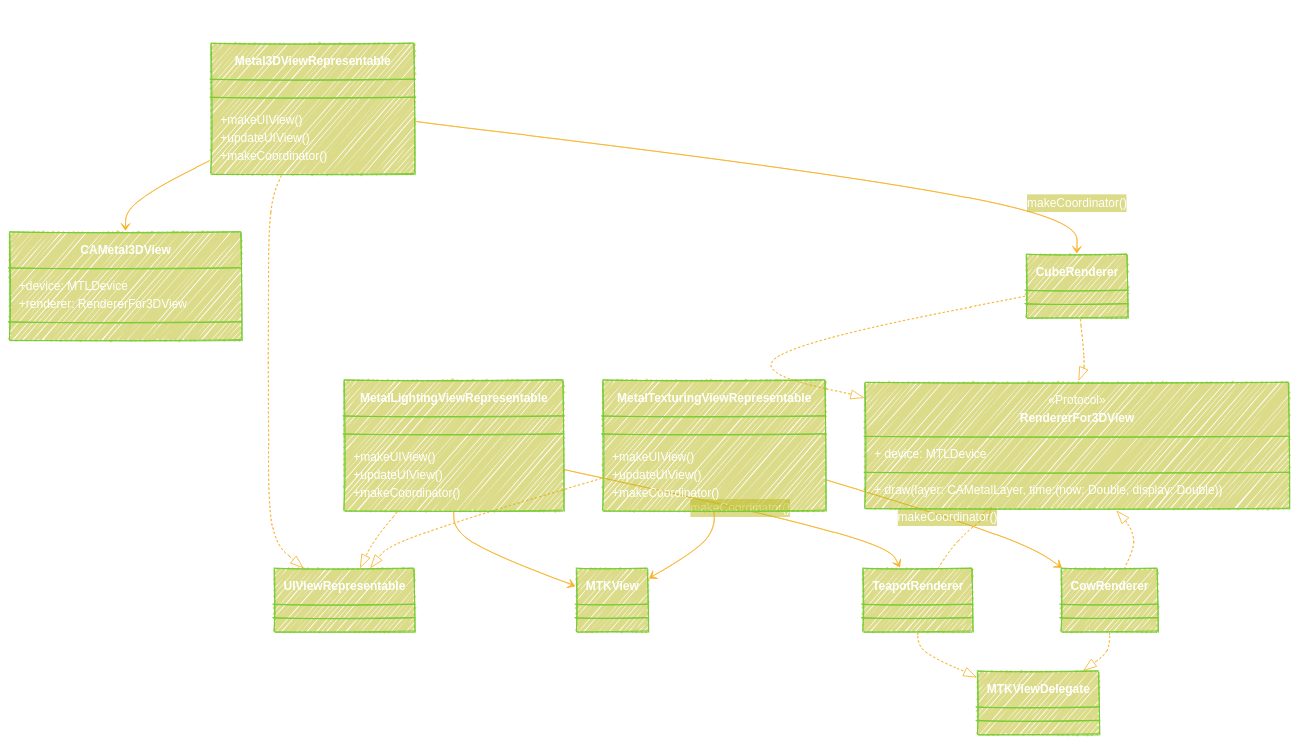
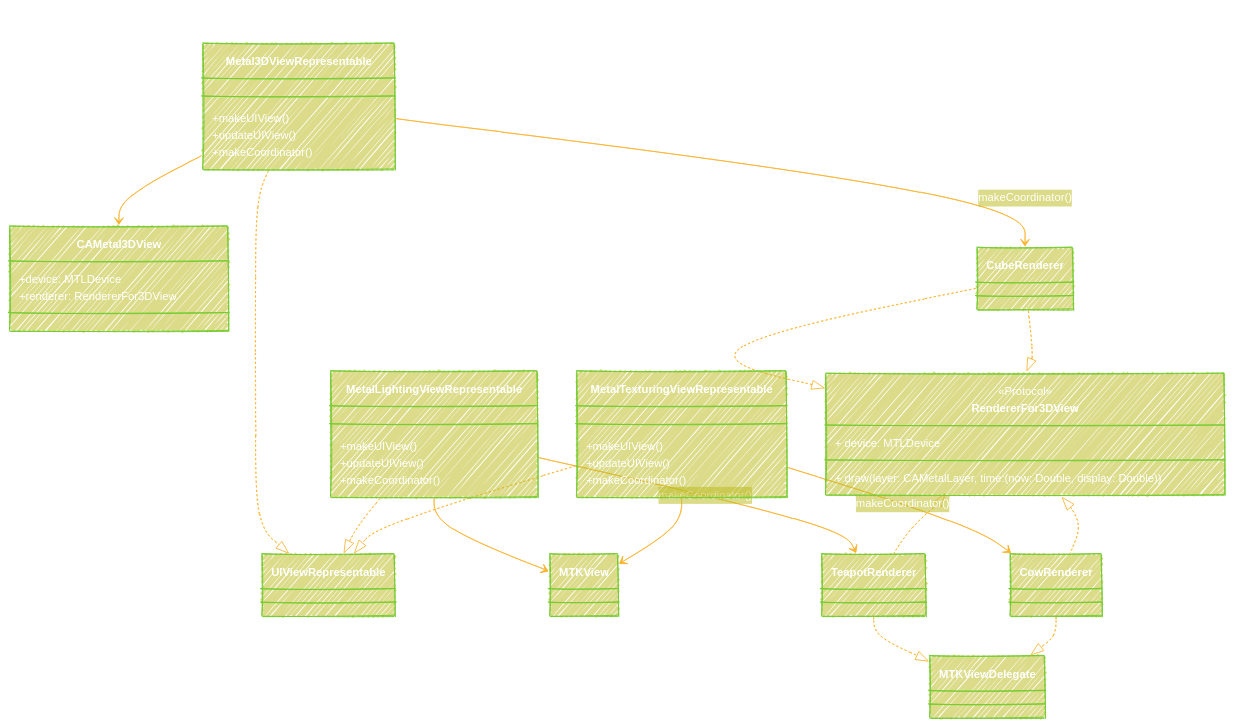
The third of 4 diagrams in README.md (CongLeSolutionX/Metal-Primitives), drawn with Mermaid before and after one commit. The commit also changed other lines of this file, not shown here.

Commit message:
update notes

````diff
--- a/README.md
+++ b/README.md
@@ -270,77 +271,78 @@
 ```mermaid
 ---
 title: "Metal Views and Renderers Class Diagram"
 author: "Cong Le"
 version: "1.0"
 license(s): "MIT, CC BY 4.0"
 copyright: "Copyright (c) 2025 Cong Le. All Rights Reserved."
 config:
   look: handDrawn
   theme: base
 ---
 %%%%%%%% Mermaid version v11.4.1-b.14
 %%{
   init: {
     'classDiagram': { 'htmlLabels': false},
-    'fontFamily': 'Monospace',
+    'fontFamily': 'Monaco',
     'themeVariables': {
       'primaryColor': '#BB28',
       'primaryTextColor': '#FFF',
       'lineColor': '#F8B229',
       'primaryBorderColor': '#7C3',
-      'secondaryColor': '#DD15'
+      'secondaryColor': '#DD15',
+      'fontSize': '15px'
     }
   }
 }%%
 classDiagram
     %% SwiftUI Representable Views
     class Metal3DViewRepresentable {
         +makeUIView()
         +updateUIView()
         +makeCoordinator()
     }
     class MetalLightingViewRepresentable {
         +makeUIView()
         +updateUIView()
         +makeCoordinator()
     }
     class MetalTexturingViewRepresentable {
         +makeUIView()
         +updateUIView()
         +makeCoordinator()
     }
 
     Metal3DViewRepresentable ..|> UIViewRepresentable
     MetalLightingViewRepresentable ..|> UIViewRepresentable
     MetalTexturingViewRepresentable ..|> UIViewRepresentable
 
     %% Underlying Metal Views
     class CAMetal3DView {
         +device: MTLDevice
         +renderer: RendererFor3DView
     }
     class MTKView
 
     Metal3DViewRepresentable --> CAMetal3DView
     MetalLightingViewRepresentable --> MTKView
     MetalTexturingViewRepresentable --> MTKView
 
     %% Coordinators (Renderers)
     Metal3DViewRepresentable --> CubeRenderer : makeCoordinator()
     MetalLightingViewRepresentable --> TeapotRenderer : makeCoordinator()
     MetalTexturingViewRepresentable --> CowRenderer : makeCoordinator()
 
     %% Renderers
     class RendererFor3DView {
         <<Protocol>>
         + device: MTLDevice
         + draw(layer: CAMetalLayer, time: (now: Double, display: Double))
     }
     RendererFor3DView <|.. CubeRenderer
     RendererFor3DView <|.. TeapotRenderer
     RendererFor3DView <|.. CowRenderer
 
     CubeRenderer ..|> RendererFor3DView
     TeapotRenderer ..|> MTKViewDelegate
     CowRenderer ..|> MTKViewDelegate
 ```
````
